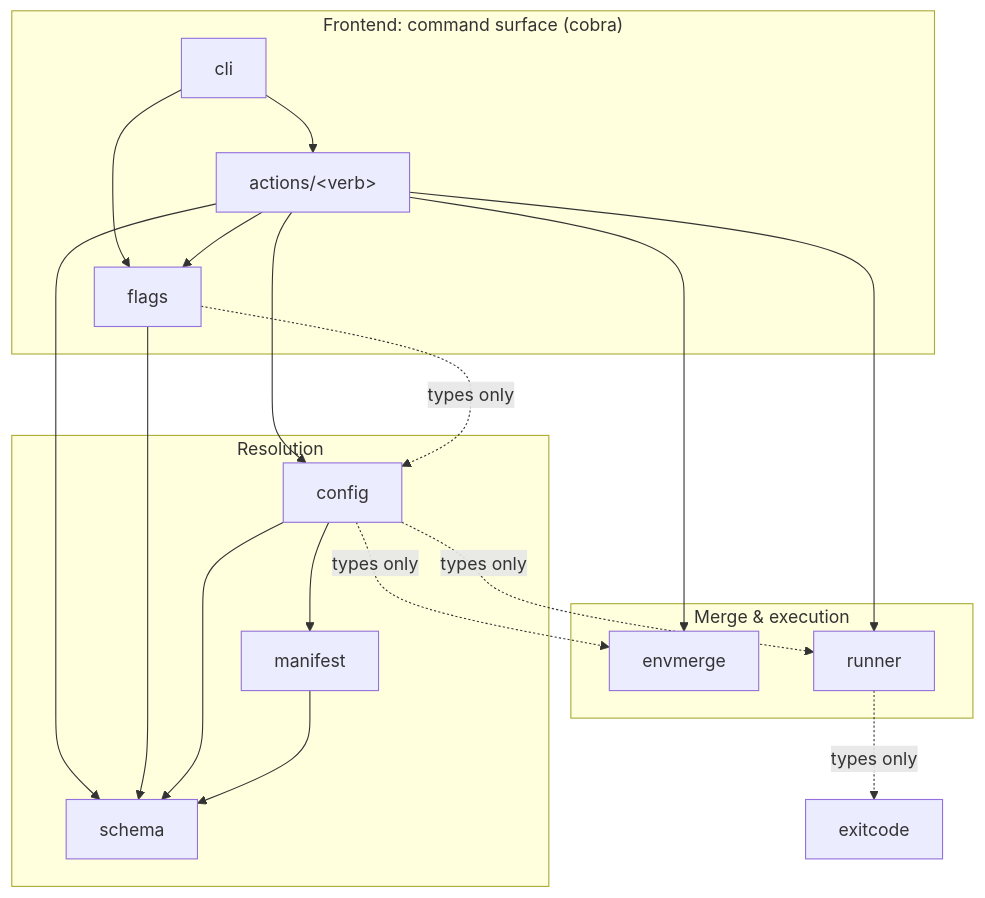
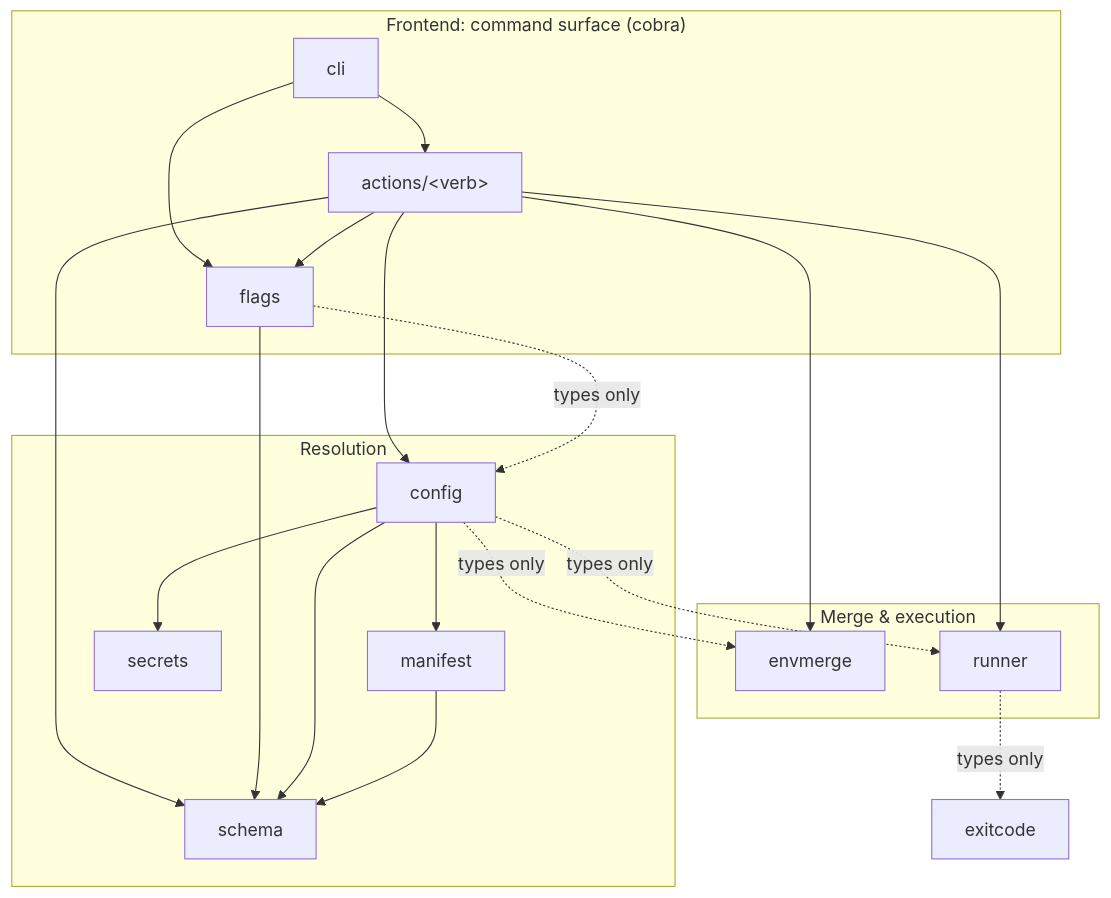
One commit to go-envx/envx changed the first of 2 diagrams in app/README.md. Above: the diagram before and after it, drawn with Mermaid. The commit also changed other lines of this file and 41 other files, not shown here.

````diff
--- a/app/README.md
+++ b/app/README.md
@@ -75,41 +77,43 @@
 ```mermaid
 flowchart TD
     subgraph frontend["Frontend: command surface (cobra)"]
         cli["cli"]
         actions["actions/&lt;verb&gt;"]
         flags["flags"]
     end
 
     subgraph resolution["Resolution"]
         config["config"]
         manifest["manifest"]
         schema["schema"]
+        secrets["secrets"]
     end
 
     subgraph engine["Merge &amp; execution"]
         envmerge["envmerge"]
         runner["runner"]
     end
 
     exitcode["exitcode"]
 
     cli --> actions
     cli --> flags
 
     actions --> config
     actions --> flags
     actions --> envmerge
     actions --> runner
     actions --> schema
 
     flags --> schema
     flags -.->|types only| config
 
     config --> manifest
     config --> schema
+    config --> secrets
     config -.->|types only| envmerge
     config -.->|types only| runner
 
     manifest --> schema
     runner -.->|types only| exitcode
 ```
````
